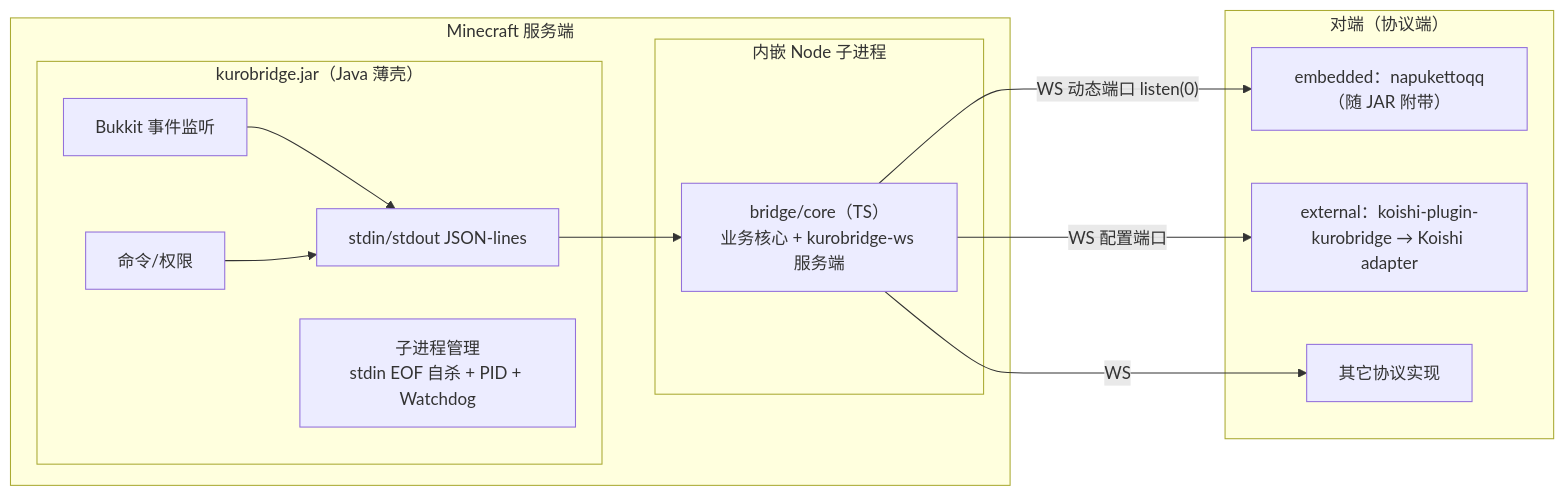
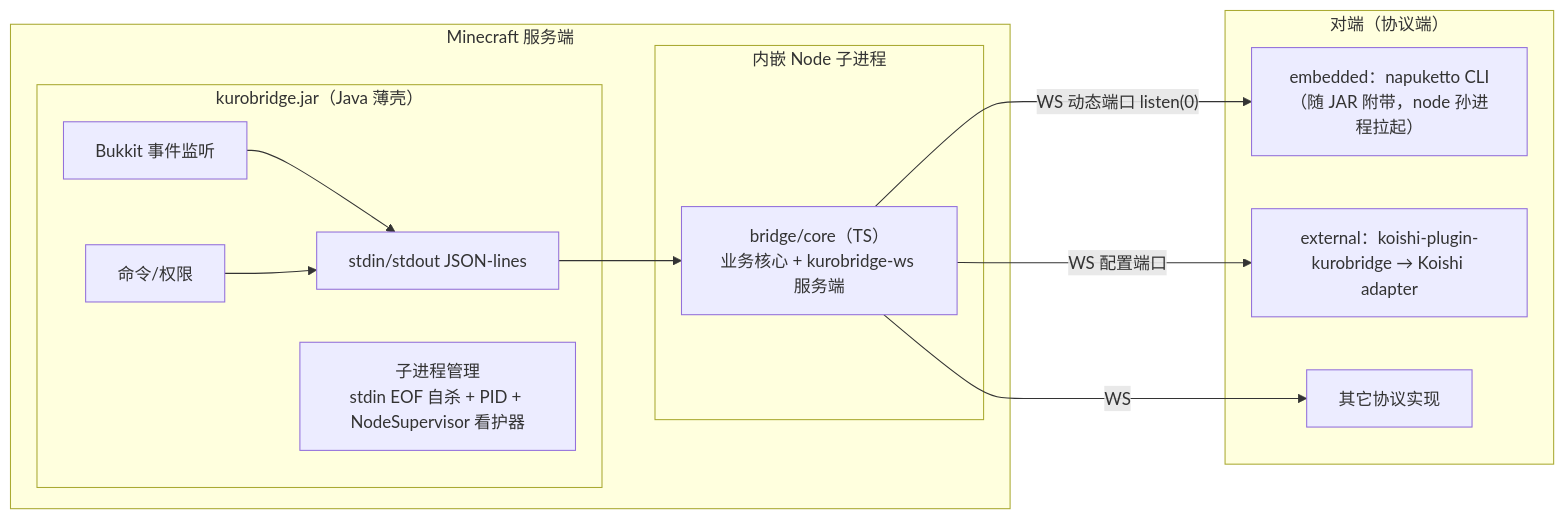
Before and after one commit to Kuro-Bridge/KuroAdapter: the diagram in docs/architecture.md, drawn with Mermaid. The commit also changed other lines of this file and 30 other files, not shown here.

Commit message:
docs: 文档整理 —— 8 阶段任务书/实录 + 协议历史草案归档 docs/history/（正文不改写，README 索引含提交链）；STATUS 重写为现状视图（真机终验卡点 + 债务索引）；architecture 按 MVP-1~4/DEBT/改名后实况校准（模式开关/看护器/打包/协议 0.4.0）；全仓断链修复（readme/6 包 design/protocol 注释/DECISIONS 归档注）；AGENTS 与 agent 增文档归档约定

````diff
--- a/docs/architecture.md
+++ b/docs/architecture.md
@@ -21,25 +21,25 @@
 ```mermaid
 flowchart LR
     subgraph MC["Minecraft 服务端"]
         subgraph JAR["kurobridge.jar（Java 薄壳）"]
             EV[Bukkit 事件监听] --> IPC
             CM[命令/权限] --> IPC
-            PM[子进程管理<br/>stdin EOF 自杀 + PID + Watchdog]
+            PM[子进程管理<br/>stdin EOF 自杀 + PID + NodeSupervisor 看护器]
             IPC[stdin/stdout JSON-lines]
         end
         subgraph NODE["内嵌 Node 子进程"]
             CORE["bridge/core（TS）<br/>业务核心 + kurobridge-ws 服务端"]
             IPC --> CORE
         end
     end
 
     subgraph PEER["对端（协议端）"]
-        EMB["embedded：napukettoqq（随 JAR 附带）"]
+        EMB["embedded：napuketto CLI<br/>（随 JAR 附带，node 孙进程拉起）"]
         EXT["external：koishi-plugin-kurobridge → Koishi adapter"]
         EXT2["其它协议实现"]
     end
 
     CORE -- "WS 动态端口 listen(0)" --> EMB
     CORE -- "WS 配置端口" --> EXT
     CORE -- "WS" --> EXT2
 ```
````
